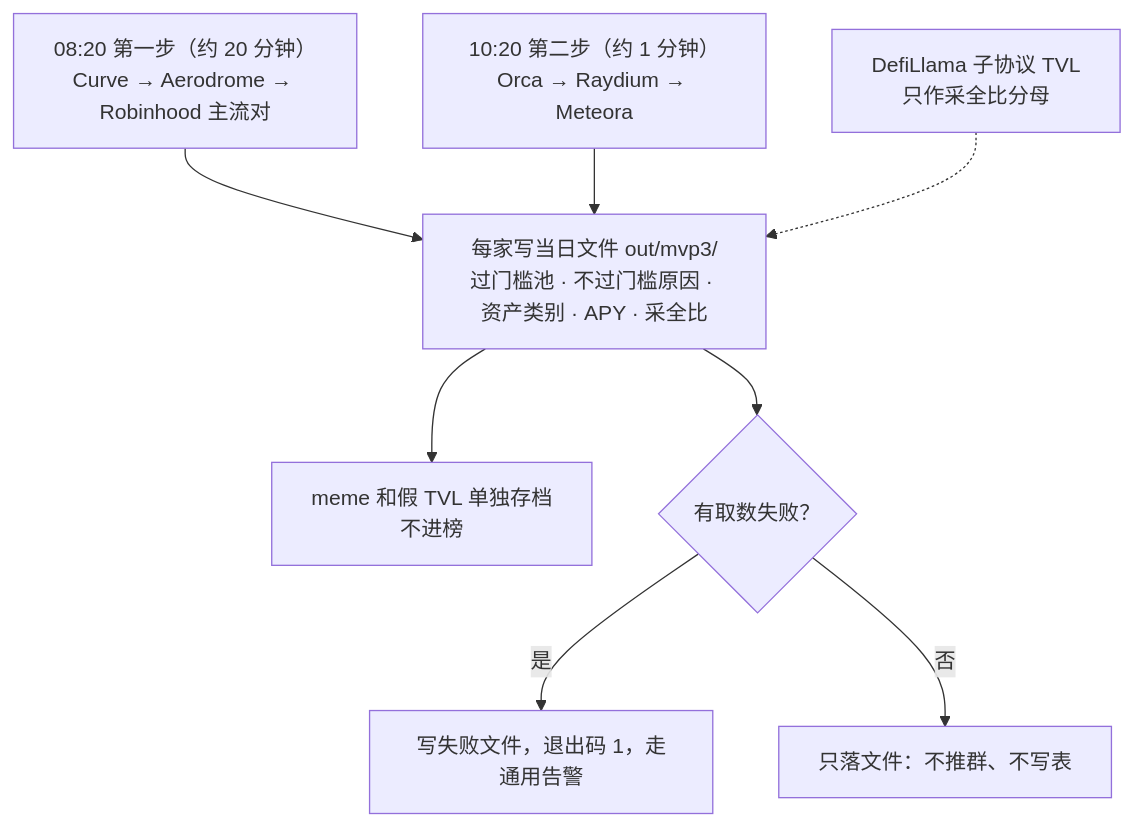
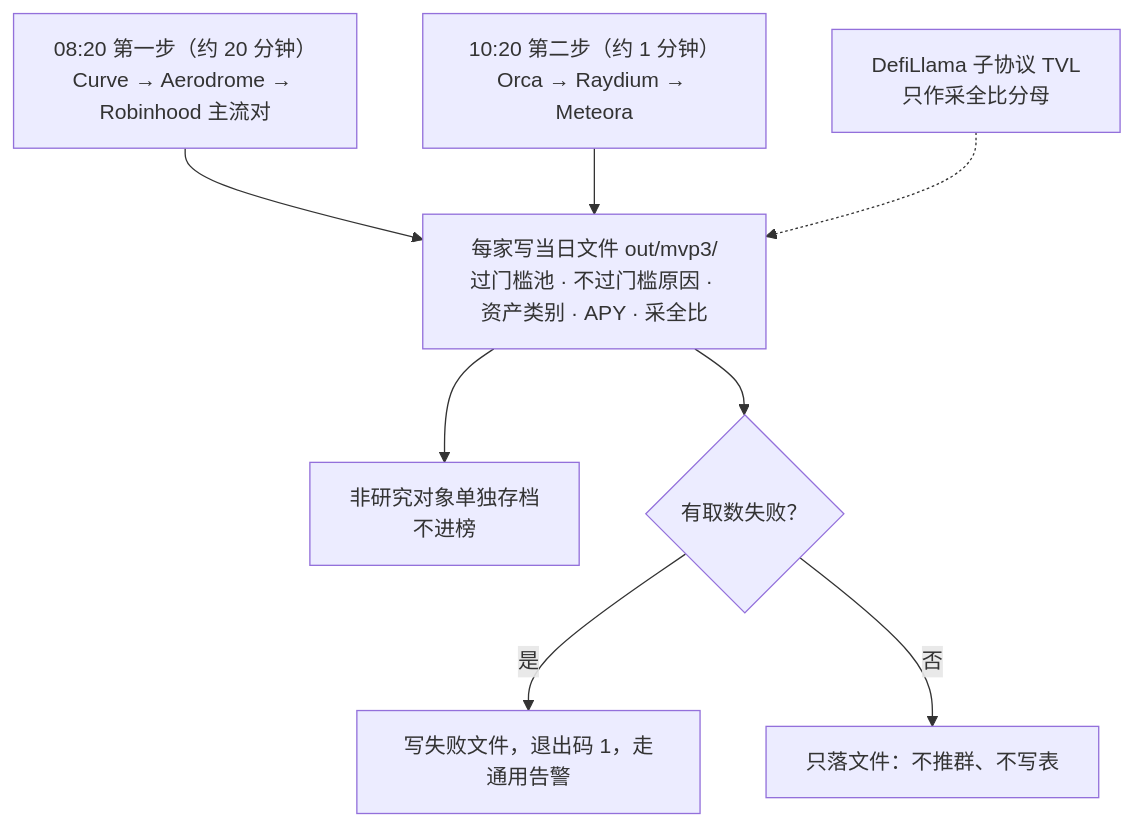
Before and after one commit to JulyWA/lp-monitor-3.0-snapshot: the second of 4 diagrams in protocol-docs/lp-market-3.0-brief.md, drawn with Mermaid. The commit also changed other lines of this file and 9 other files, not shown here.

````diff
--- a/protocol-docs/lp-market-3.0-brief.md
+++ b/protocol-docs/lp-market-3.0-brief.md
@@ -49,10 +49,10 @@
 ```mermaid
 flowchart TB
   A["08:20 第一步（约 20 分钟）<br/>Curve → Aerodrome → Robinhood 主流对"] --> F
   B["10:20 第二步（约 1 分钟）<br/>Orca → Raydium → Meteora"] --> F
   L["DefiLlama 子协议 TVL<br/>只作采全比分母"] -.-> F
-  F["每家写当日文件 out/mvp3/<br/>过门槛池 · 不过门槛原因 · 资产类别 · APY · 采全比"] --> X["meme 和假 TVL 单独存档<br/>不进榜"]
+  F["每家写当日文件 out/mvp3/<br/>过门槛池 · 不过门槛原因 · 资产类别 · APY · 采全比"] --> X["非研究对象单独存档<br/>不进榜"]
   F --> W{"有取数失败？"}
   W -->|"是"| G["写失败文件，退出码 1，走通用告警"]
   W -->|"否"| N["只落文件：不推群、不写表"]
 ```
````
